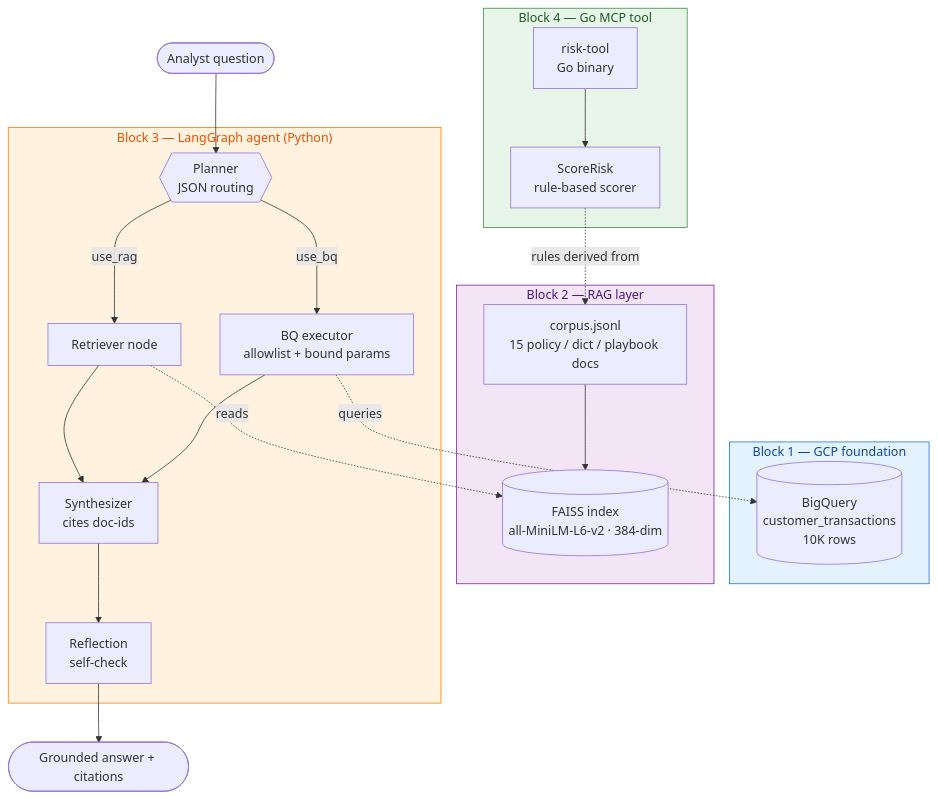
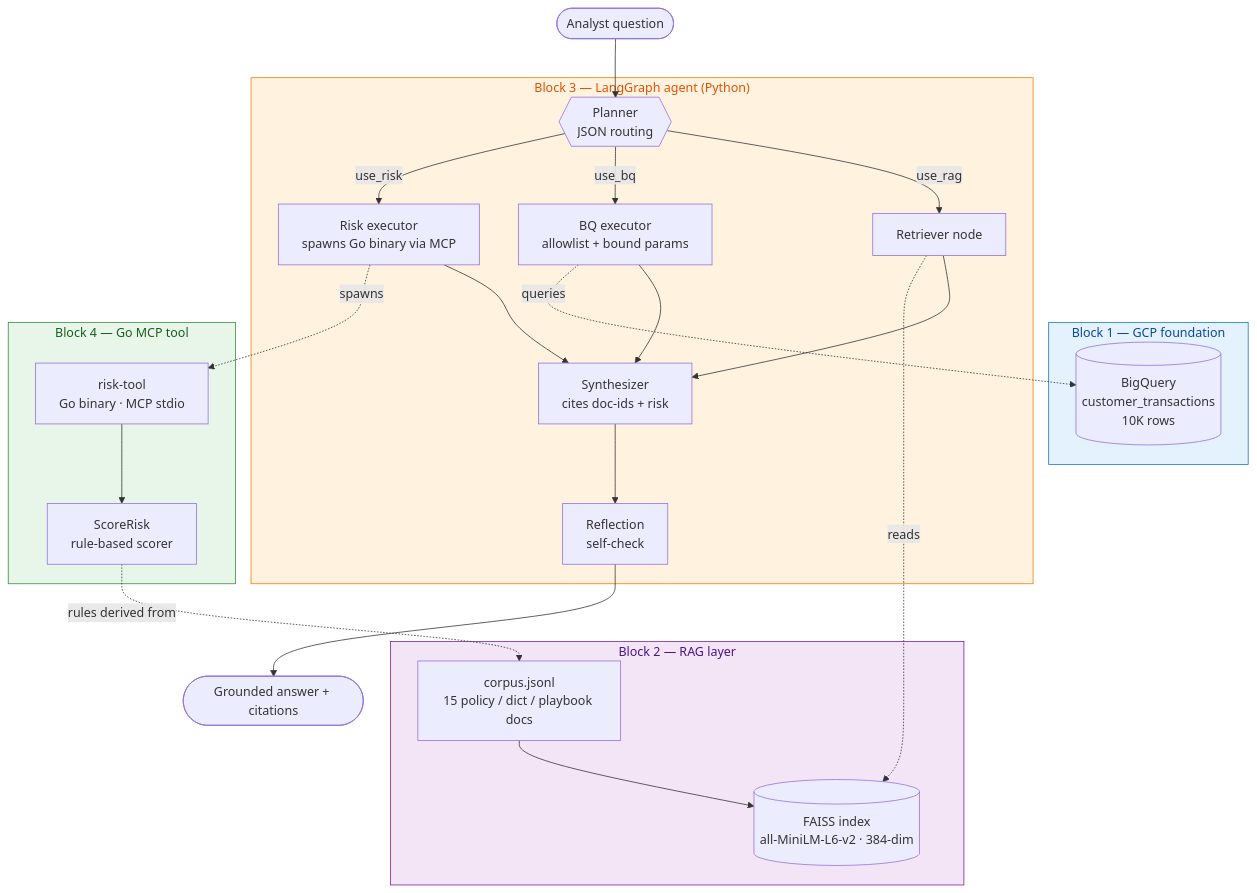
Before and after one commit to aaronhung215/vertex-langgraph-demo: the diagram in ARCHITECTURE.md, drawn with Mermaid. The commit also changed other lines of this file and 4 other files, not shown here.

````diff
--- a/ARCHITECTURE.md
+++ b/ARCHITECTURE.md
@@ -51,49 +51,53 @@
 ```mermaid
 flowchart TB
     classDef block1 fill:#e3f2fd,stroke:#1976d2,color:#0d47a1
     classDef block2 fill:#f3e5f5,stroke:#7b1fa2,color:#4a148c
     classDef block3 fill:#fff3e0,stroke:#f57c00,color:#e65100
     classDef block4 fill:#e8f5e9,stroke:#388e3c,color:#1b5e20
 
     User([Analyst question])
 
     subgraph Block1["Block 1 — GCP foundation"]
         BQ[(BigQuery<br/>customer_transactions<br/>10K rows)]
     end
 
     subgraph Block2["Block 2 — RAG layer"]
         Corpus[corpus.jsonl<br/>15 policy / dict / playbook docs]
         Index[(FAISS index<br/>all-MiniLM-L6-v2 · 384-dim)]
         Corpus --> Index
     end
 
     subgraph Block3["Block 3 — LangGraph agent (Python)"]
         Planner{{Planner<br/>JSON routing}}
         Retriever[Retriever node]
         BQExec[BQ executor<br/>allowlist + bound params]
-        Synth[Synthesizer<br/>cites doc-ids]
+        RiskExec[Risk executor<br/>spawns Go binary via MCP]
+        Synth[Synthesizer<br/>cites doc-ids + risk]
         Reflect[Reflection<br/>self-check]
         Planner -->|use_rag| Retriever
         Planner -->|use_bq| BQExec
+        Planner -->|use_risk| RiskExec
         Retriever --> Synth
         BQExec --> Synth
+        RiskExec --> Synth
         Synth --> Reflect
     end
 
     subgraph Block4["Block 4 — Go MCP tool"]
-        GoBin[risk-tool<br/>Go binary]
+        GoBin[risk-tool<br/>Go binary · MCP stdio]
         RiskFn[ScoreRisk<br/>rule-based scorer]
         GoBin --> RiskFn
     end
 
     User --> Planner
     Retriever -.reads.-> Index
     BQExec -.queries.-> BQ
+    RiskExec -.spawns.-> GoBin
     RiskFn -.rules derived from.-> Corpus
     Reflect --> Answer([Grounded answer + citations])
 
     class Block1 block1
     class Block2 block2
     class Block3 block3
     class Block4 block4
 ```
````
